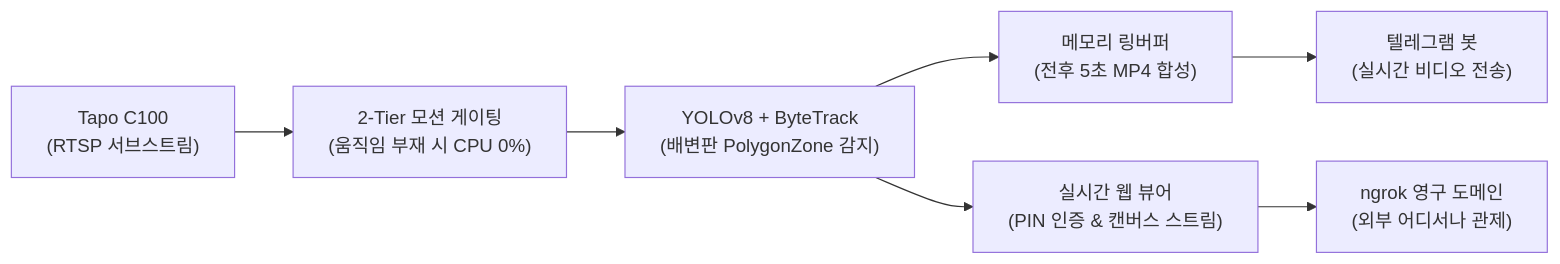
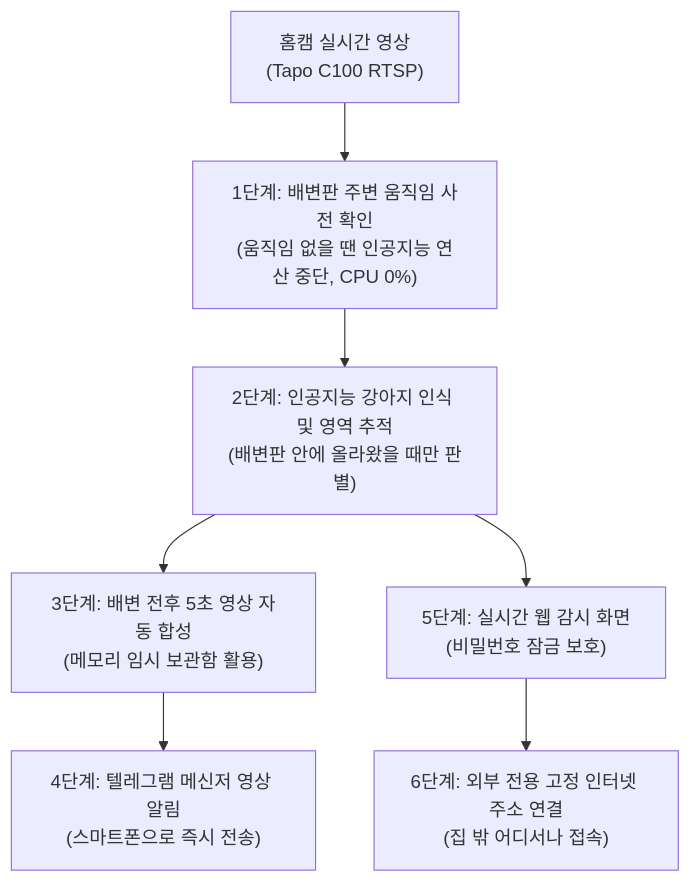
One commit to tohichoi/soonsim-detector changed the diagram in docs/PROJECT-PROMOTION.md. Above: the diagram before and after it, drawn with Mermaid. The commit also changed other lines of this file, not shown here.

Commit message:
docs: refine PROJECT-PROMOTION.md with relative delta timeline, big number cards, and plain Korean language

````diff
--- a/docs/PROJECT-PROMOTION.md
+++ b/docs/PROJECT-PROMOTION.md
@@ -18,9 +18,9 @@
 ```mermaid
-flowchart LR
-    A["Tapo C100<br/>(RTSP 서브스트림)"] --> B["2-Tier 모션 게이팅<br/>(움직임 부재 시 CPU 0%)"]
-    B --> C["YOLOv8 + ByteTrack<br/>(배변판 PolygonZone 감지)"]
-    C --> D["메모리 링버퍼<br/>(전후 5초 MP4 합성)"]
-    D --> E["텔레그램 봇<br/>(실시간 비디오 전송)"]
-    C --> F["실시간 웹 뷰어<br/>(PIN 인증 & 캔버스 스트림)"]
-    F --> G["ngrok 영구 도메인<br/>(외부 어디서나 관제)"]
+flowchart TD
+    A["홈캠 실시간 영상<br/>(Tapo C100 RTSP)"] --> B["1단계: 배변판 주변 움직임 사전 확인<br/>(움직임 없을 땐 인공지능 연산 중단, CPU 0%)"]
+    B --> C["2단계: 인공지능 강아지 인식 및 영역 추적<br/>(배변판 안에 올라왔을 때만 판별)"]
+    C --> D["3단계: 배변 전후 5초 영상 자동 합성<br/>(메모리 임시 보관함 활용)"]
+    D --> E["4단계: 텔레그램 메신저 영상 알림<br/>(스마트폰으로 즉시 전송)"]
+    C --> F["5단계: 실시간 웹 감시 화면<br/>(비밀번호 잠금 보호)"]
+    F --> G["6단계: 외부 전용 고정 인터넷 주소 연결<br/>(집 밖 어디서나 접속)"]
 ```
````
